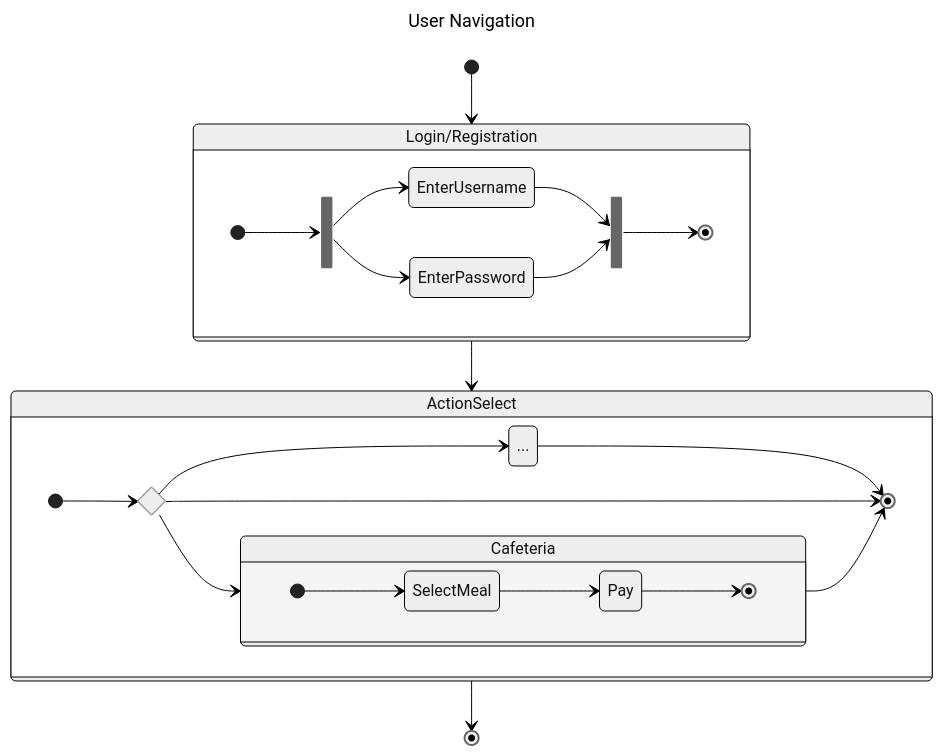
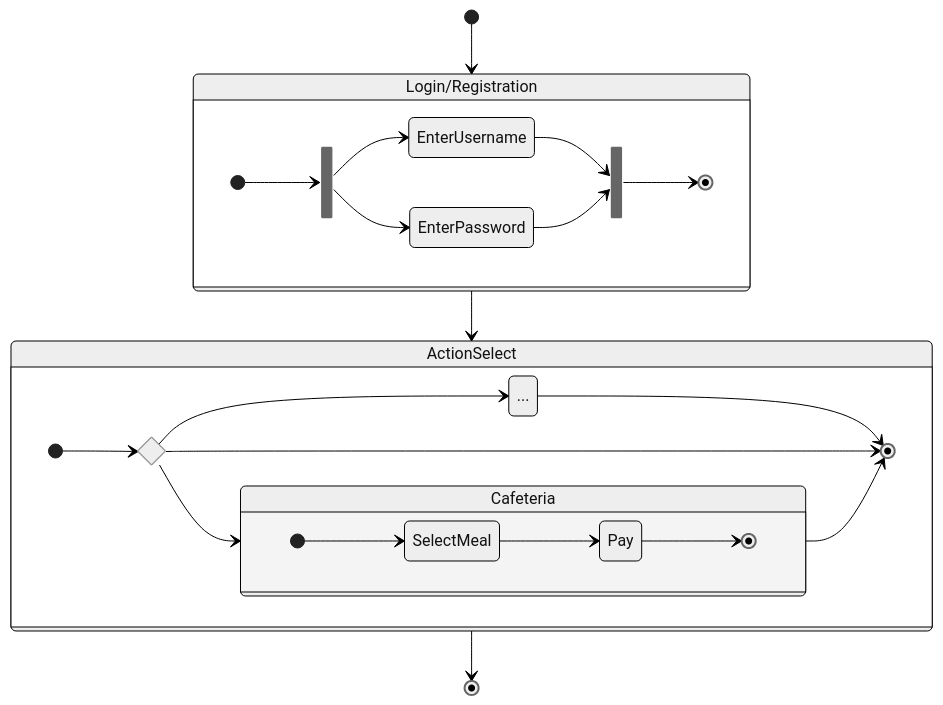
The fourth of 4 diagrams in README.md (kkmarv/IOTA-Digital-Student-ID), drawn with Mermaid (neutral theme) before and after one commit. The commit also changed other lines of this file and 2 other files, not shown here.

Commit message:
remove mermaid header for version compatibility

````diff
--- a/README.md
+++ b/README.md
@@ -132,45 +138,45 @@
 ```mermaid
----
-title: User Navigation
----
+%%---
+%%title: User Navigation
+%%---
 stateDiagram-v2
     [*] --> Login/Registration
 
     state Login/Registration {
         direction LR
 
         state fork_state <<fork>>
         state join_state <<join>>
 
         [*] --> fork_state
         fork_state --> EnterUsername
         fork_state --> EnterPassword
 
         join_state --> [*]
         EnterUsername --> join_state
         EnterPassword --> join_state
     }   
 
     Login/Registration --> ActionSelect
 
     state ActionSelect {
         direction LR
         state if_state <<choice>>
         
         [*] --> if_state
         if_state --> ...
         ... --> [*]
         if_state --> [*]
         if_state --> Cafeteria
         Cafeteria --> [*]
 
         state Cafeteria {
             direction LR
             [*] --> SelectMeal
             SelectMeal --> Pay
             Pay --> [*]
         }
     }
 
     ActionSelect --> [*]    
 ```
````
